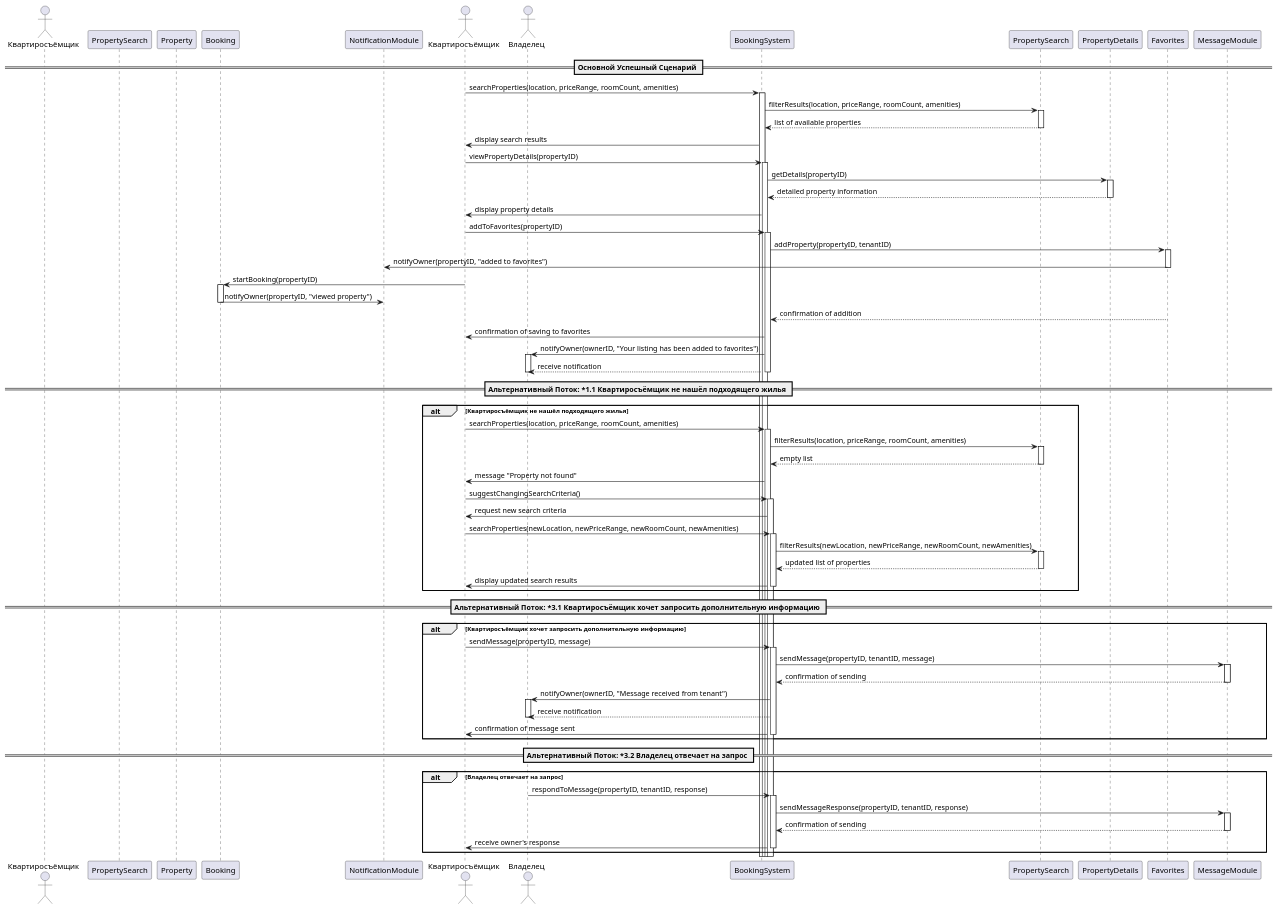
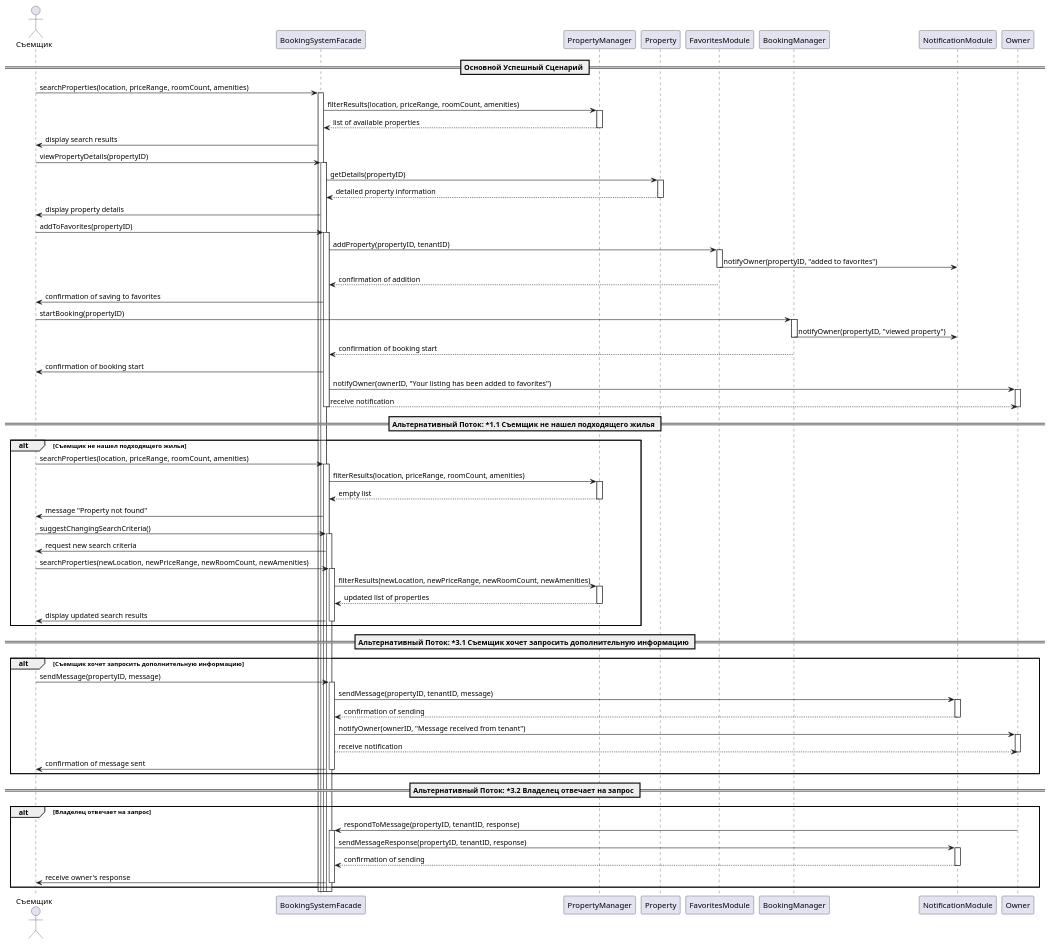
One commit to penamarth/bsbo-01-22_team4_var8 changed the diagram in precedents/HousingSelection/DiagramOfTheSequenceOfHousingSelection.md. Above: the diagram before and after it, drawn with PlantUML. The commit also changed 3 other files, not shown here.

Commit message:
Fix precedent diagrams

````diff
--- a/precedents/HousingSelection/DiagramOfTheSequenceOfHousingSelection.md
+++ b/precedents/HousingSelection/DiagramOfTheSequenceOfHousingSelection.md
@@ -1,21 +1,13 @@
 ```plantuml
 @startuml
 
-actor Квартиросъёмщик
-participant PropertySearch
-participant Property
-participant Favorites
-participant Booking
-participant NotificationModule
-
-actor "Квартиросъёмщик" as Tenant
-actor "Владелец" as Owner
-
-participant "BookingSystem" as System
-participant "PropertySearch" as Search
-participant "PropertyDetails" as Details
+actor "Съемщик" as Tenant
+participant "BookingSystemFacade" as System
+participant "PropertyManager" as Search
+participant "Property" as Details
 participant "FavoritesModule" as Favorites
-participant "MessageModule" as Messaging
+participant "BookingManager" as Booking
+participant "NotificationModule" as Notification
 
 == Основной Успешный Сценарий ==
 
@@ -45,17 +37,24 @@
 System -> Favorites : addProperty(propertyID, tenantID)
 activate Favorites
 
-Favorites -> NotificationModule : notifyOwner(propertyID, "added to favorites")
+Favorites -> Notification : notifyOwner(propertyID, "added to favorites")
 deactivate Favorites
-Tenant -> Booking : startBooking(propertyID)
-activate Booking
-Booking -> NotificationModule : notifyOwner(propertyID, "viewed property")
-deactivate Booking
 
 Favorites --> System : confirmation of addition
 deactivate Favorites
 
 System -> Tenant : confirmation of saving to favorites
+
+Tenant -> Booking : startBooking(propertyID)
+activate Booking
+
+Booking -> Notification : notifyOwner(propertyID, "viewed property")
+deactivate Booking
+
+Booking --> System : confirmation of booking start
+deactivate Booking
+
+System -> Tenant : confirmation of booking start
 
 System -> Owner : notifyOwner(ownerID, "Your listing has been added to favorites")
 activate Owner
@@ -64,9 +63,9 @@
 
 deactivate System
 
-== Альтернативный Поток: *1.1 Квартиросъёмщик не нашёл подходящего жилья ==
+== Альтернативный Поток: *1.1 Съемщик не нашел подходящего жилья ==
 
-alt Квартиросъёмщик не нашёл подходящего жилья
+alt Съемщик не нашел подходящего жилья
     Tenant -> System : searchProperties(location, priceRange, roomCount, amenities)
     activate System
 
@@ -94,16 +93,16 @@
     deactivate System
 end
 
-== Альтернативный Поток: *3.1 Квартиросъёмщик хочет запросить дополнительную информацию ==
+== Альтернативный Поток: *3.1 Съемщик хочет запросить дополнительную информацию ==
 
-alt Квартиросъёмщик хочет запросить дополнительную информацию
+alt Съемщик хочет запросить дополнительную информацию
     Tenant -> System : sendMessage(propertyID, message)
     activate System
 
-    System -> Messaging : sendMessage(propertyID, tenantID, message)
-    activate Messaging
-    Messaging --> System : confirmation of sending
-    deactivate Messaging
+    System -> Notification : sendMessage(propertyID, tenantID, message)
+    activate Notification
+    Notification --> System : confirmation of sending
+    deactivate Notification
 
     System -> Owner : notifyOwner(ownerID, "Message received from tenant")
     activate Owner
@@ -120,10 +119,10 @@
     Owner -> System : respondToMessage(propertyID, tenantID, response)
     activate System
 
-    System -> Messaging : sendMessageResponse(propertyID, tenantID, response)
-    activate Messaging
-    Messaging --> System : confirmation of sending
-    deactivate Messaging
+    System -> Notification : sendMessageResponse(propertyID, tenantID, response)
+    activate Notification
+    Notification --> System : confirmation of sending
+    deactivate Notification
 
     System -> Tenant : receive owner's response
     deactivate System
````
